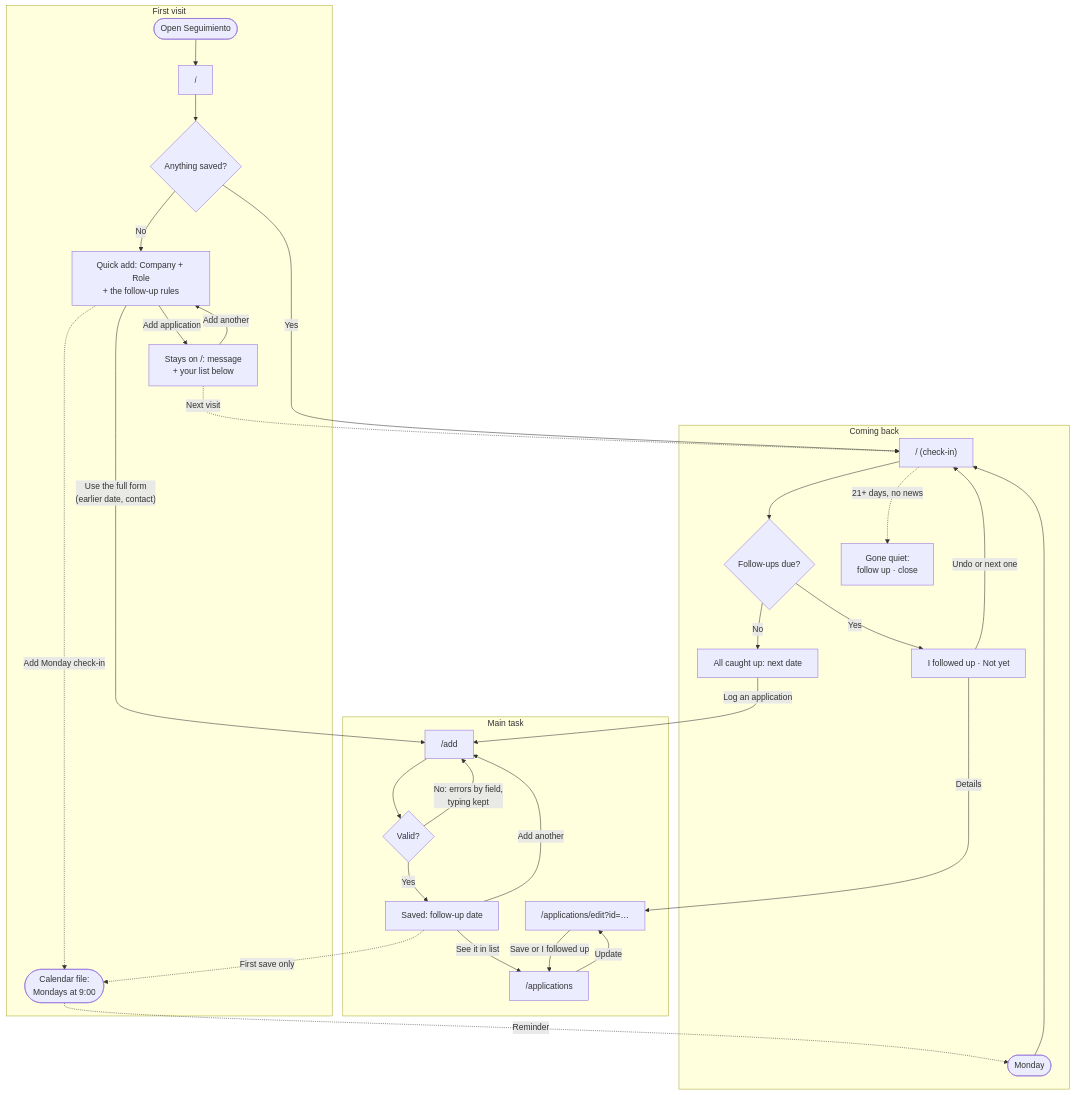
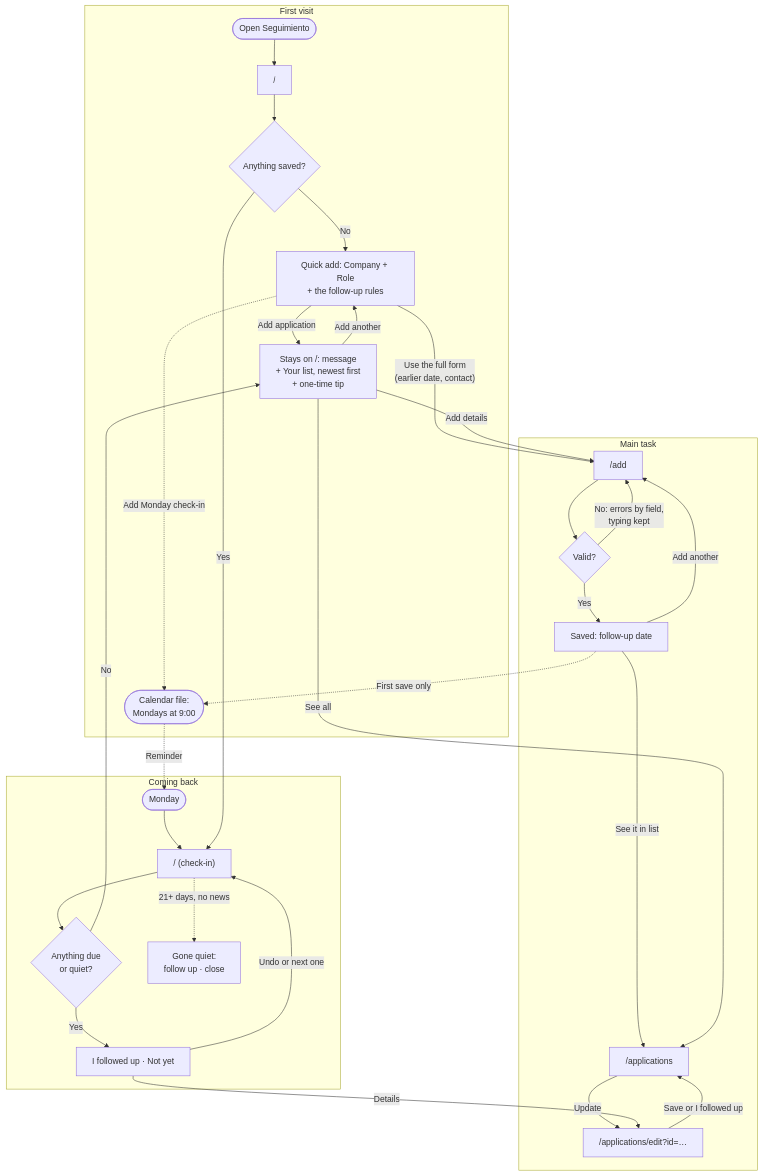
The diagram in a3-patterns-and-flows/README.md (gmedranotorres/projectdbs), drawn with Mermaid before and after one commit. The commit also changed 9 other files, not shown here.

First line of the commit message:
A3: first item on the list

````diff
--- a/a3-patterns-and-flows/README.md
+++ b/a3-patterns-and-flows/README.md
@@ -17,38 +17,38 @@
 ```mermaid
 flowchart TD
   subgraph first["First visit"]
     open(["Open Seguimiento"]) --> home["/"]
     home --> anything{"Anything saved?"}
     anything -- No --> empty["Quick add: Company + Role<br/>+ the follow-up rules"]
-    empty -- "Add application" --> listed["Stays on /: message<br/>+ your list below"]
+    empty -- "Add application" --> listed["Stays on /: message<br/>+ Your list, newest first<br/>+ one-time tip"]
     listed -- "Add another" --> empty
     empty -. "Add Monday check-in" .-> ics(["Calendar file:<br/>Mondays at 9:00"])
   end
 
   subgraph main["Main task"]
     add["/add"] --> valid{"Valid?"}
     valid -- "No: errors by field,<br/>typing kept" --> add
     valid -- Yes --> saved["Saved: follow-up date"]
     saved -- "Add another" --> add
     saved -- "See it in list" --> list["/applications"]
     list -- Update --> edit["/applications/edit?id=…"]
     edit -- "Save or I followed up" --> list
   end
 
   subgraph back["Coming back"]
     monday(["Monday"]) --> checkin["/ (check-in)"]
-    checkin --> due{"Follow-ups due?"}
+    checkin --> due{"Anything due<br/>or quiet?"}
     due -- Yes --> act["I followed up · Not yet"]
     act -- "Undo or next one" --> checkin
-    due -- No --> caught["All caught up: next date"]
     checkin -. "21+ days, no news" .-> quiet["Gone quiet:<br/>follow up · close"]
   end
 
   empty -- "Use the full form<br/>(earlier date, contact)" --> add
-  listed -. "Next visit" .-> checkin
+  due -- No --> listed
+  listed -- "See all" --> list
+  listed -- "Add details" --> add
   saved -. "First save only" .-> ics
   ics -. "Reminder" .-> monday
   anything -- Yes --> checkin
   act -- Details --> edit
-  caught -- "Log an application" --> add
 ```
````
